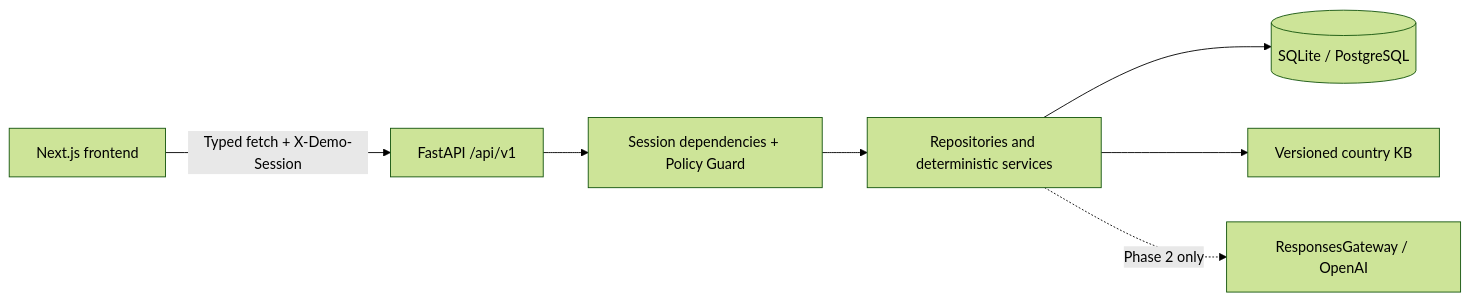
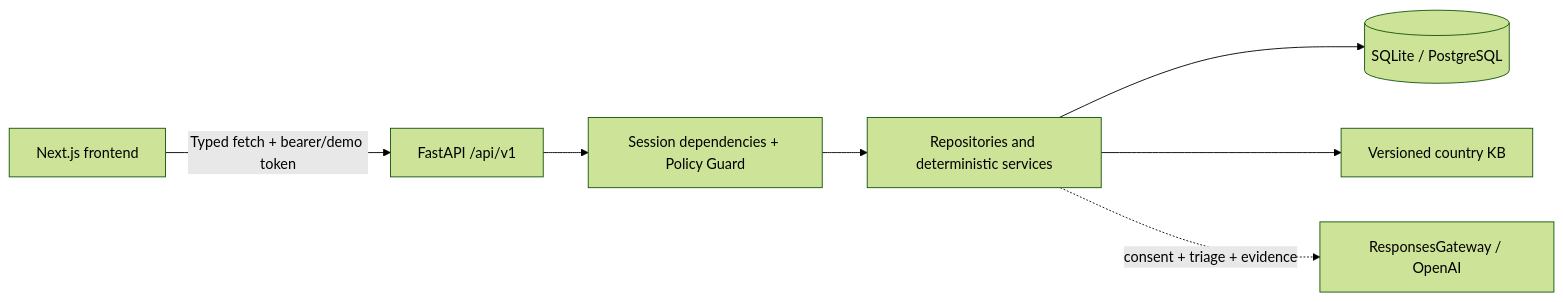
One commit to insurra/insurra changed the diagram in README.md. Above: the diagram before and after it, drawn with Mermaid (forest theme). The commit also changed other lines of this file and 9 other files, not shown here.

````diff
--- a/README.md
+++ b/README.md
@@ -43,9 +46,9 @@
 ```mermaid
 flowchart LR
-  Web[Next.js frontend] -->|Typed fetch + X-Demo-Session| API[FastAPI /api/v1]
+  Web[Next.js frontend] -->|Typed fetch + bearer/demo token| API[FastAPI /api/v1]
   API --> Guard[Session dependencies + Policy Guard]
   Guard --> Services[Repositories and deterministic services]
   Services --> DB[(SQLite / PostgreSQL)]
   Services --> KB[Versioned country KB]
-  Services -. Phase 2 only .-> AI[ResponsesGateway / OpenAI]
+  Services -. consent + triage + evidence .-> AI[ResponsesGateway / OpenAI]
 ```
````
